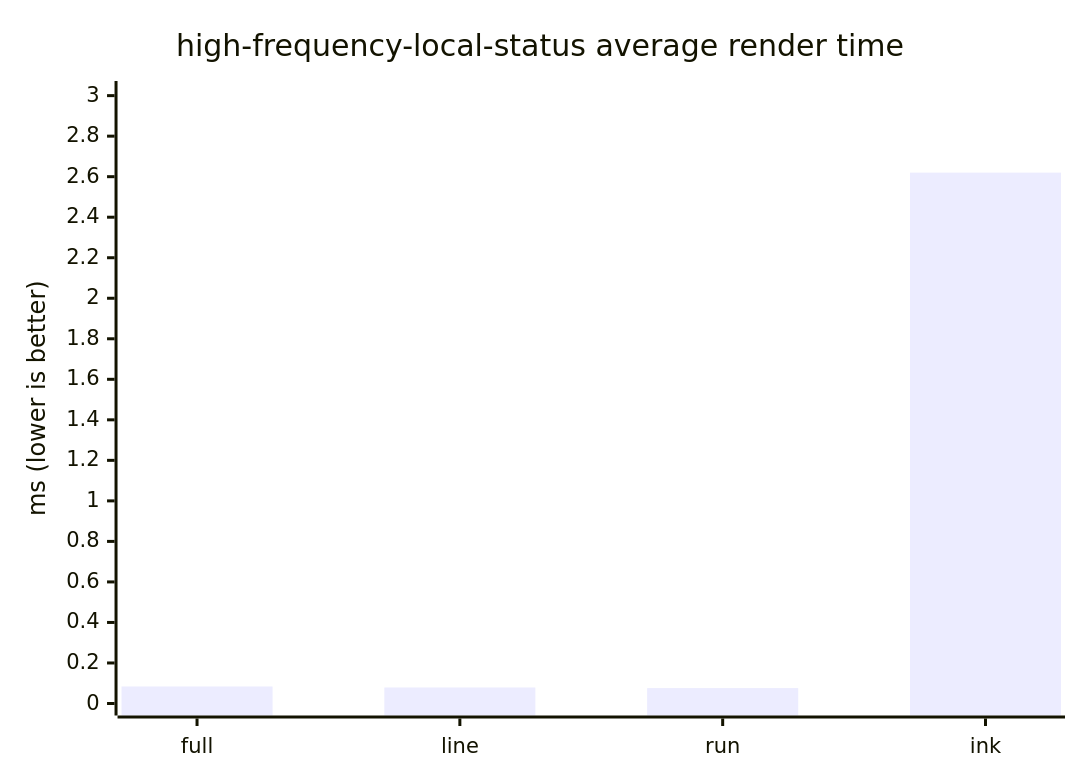
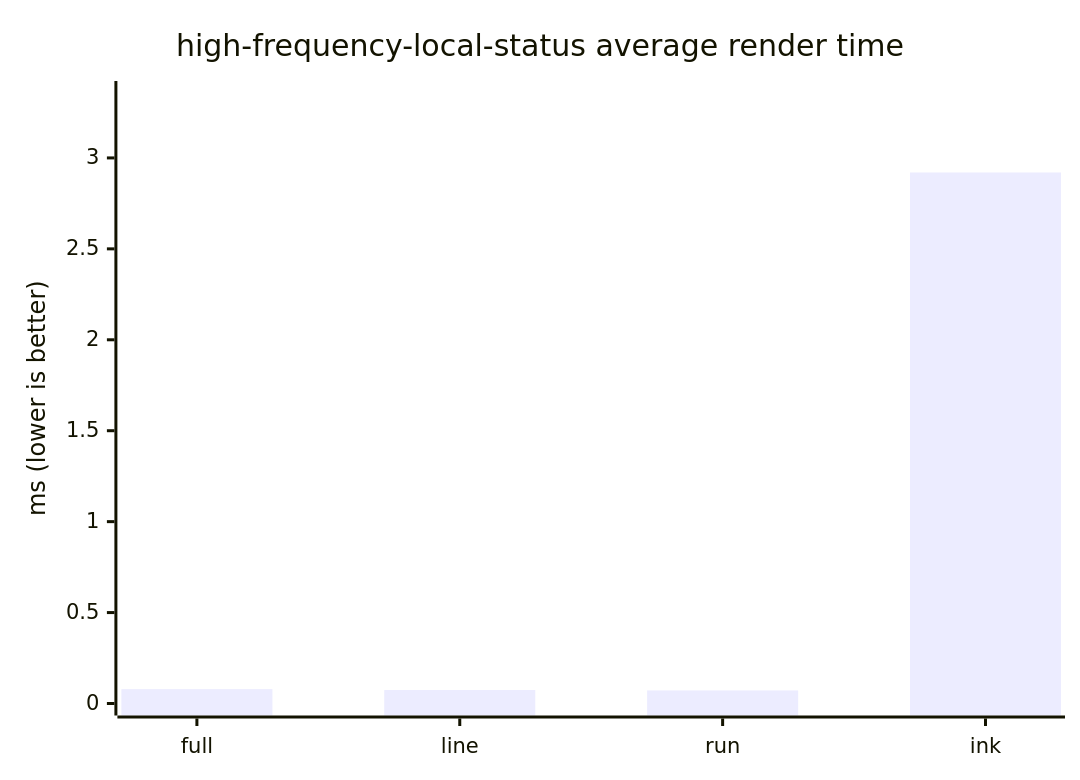
The third of 10 diagrams in docs/benchmark.md (ByteLandTechnology/tinky), drawn with Mermaid before and after one commit. The commit also changed other lines of this file and 13 other files, not shown here.

````diff
--- a/docs/benchmark.md
+++ b/docs/benchmark.md
@@ -79,7 +79,7 @@
 ```mermaid
 xychart-beta
     title "high-frequency-local-status average render time"
     x-axis ["full", "line", "run", "ink"]
-    y-axis "ms (lower is better)" 0 --> 3.013
-    bar [0.084, 0.079, 0.076, 2.62]
+    y-axis "ms (lower is better)" 0 --> 3.357
+    bar [0.079, 0.074, 0.072, 2.92]
 ```
````
